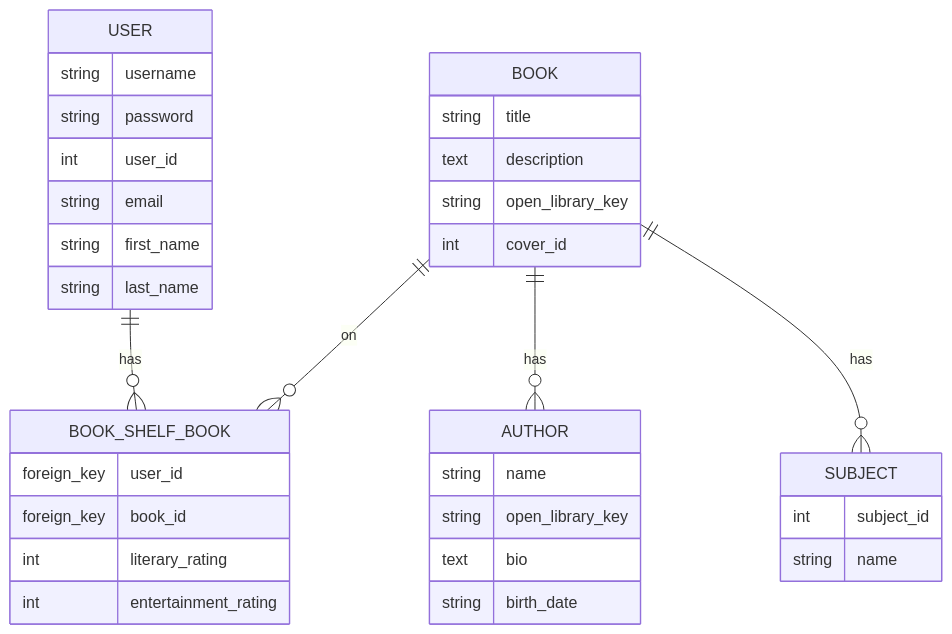
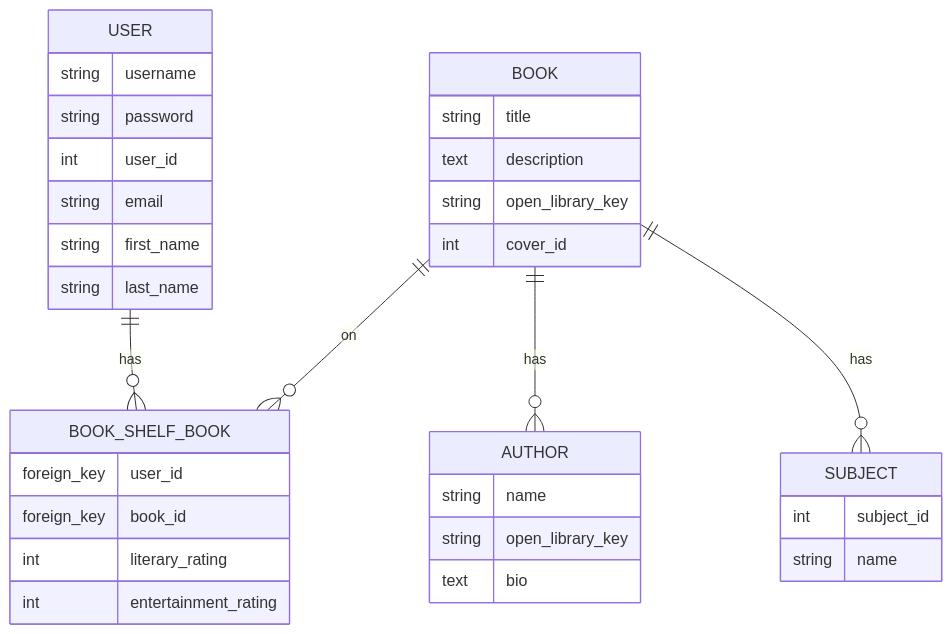
One commit to Jtsoco/rag-book-app changed the first of 2 diagrams in book_rag_backend/docs/design_decisions.md. Above: the diagram before and after it, drawn with Mermaid. The commit also changed 5 other files, not shown here.

Commit message:
removed birth date from author

````diff
--- a/book_rag_backend/docs/design_decisions.md
+++ b/book_rag_backend/docs/design_decisions.md
@@ -49,37 +49,36 @@
 ```mermaid
 erDiagram
   USER ||--o{ BOOK_SHELF_BOOK : has
   BOOK ||--o{ BOOK_SHELF_BOOK : on
   BOOK ||--o{ AUTHOR : has
   BOOK ||--o{ SUBJECT : has
   USER {
     string username
     string password
     int user_id
     string email
     string first_name
     string last_name
   }
   BOOK {
     string title
     text description
     string open_library_key
     int cover_id
   }
   BOOK_SHELF_BOOK {
     foreign_key user_id
     foreign_key book_id
     int literary_rating
     int entertainment_rating
   }
   AUTHOR {
     string name
     string open_library_key
     text bio
-    string birth_date
   }
   SUBJECT {
     int subject_id
     string name
   }
 ```
````
